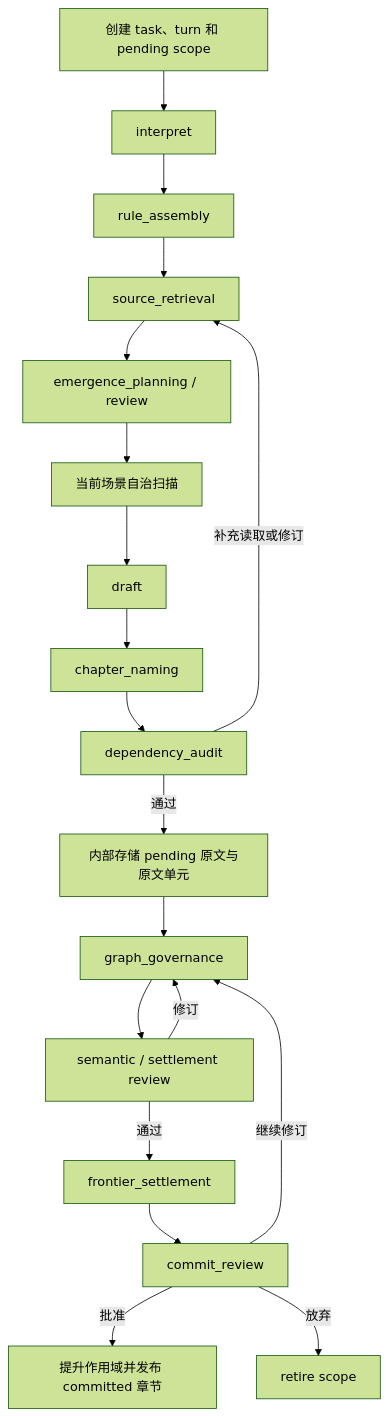
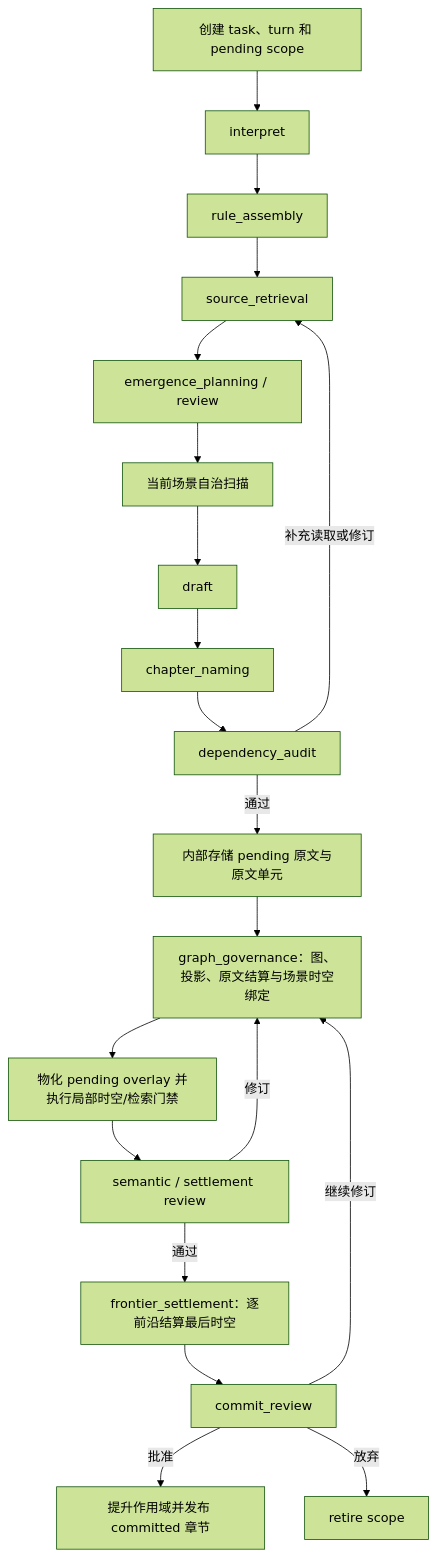
Before and after one commit to LastEmbryo2950618641/WorldSeed: the third of 3 diagrams in docs/backend-architecture.md, drawn with Mermaid (forest theme). The commit also changed other lines of this file and 124 other files, not shown here.

````diff
--- a/docs/backend-architecture.md
+++ b/docs/backend-architecture.md
@@ -455,21 +476,22 @@
 ```mermaid
 flowchart TD
     A["创建 task、turn 和 pending scope"] --> B["interpret"]
     B --> C["rule_assembly"]
     C --> D["source_retrieval"]
     D --> E["emergence_planning / review"]
     E --> F["当前场景自治扫描"]
     F --> G["draft"]
     G --> H["chapter_naming"]
     H --> I["dependency_audit"]
     I -->|补充读取或修订| D
     I -->|通过| J["内部存储 pending 原文与原文单元"]
-    J --> K["graph_governance"]
-    K --> L["semantic / settlement review"]
+    J --> K["graph_governance：图、投影、原文结算与场景时空绑定"]
+    K --> KA["物化 pending overlay 并执行局部时空/检索门禁"]
+    KA --> L["semantic / settlement review"]
     L -->|修订| K
-    L -->|通过| M["frontier_settlement"]
+    L -->|通过| M["frontier_settlement：逐前沿结算最后时空"]
     M --> N["commit_review"]
     N -->|批准| O["提升作用域并发布 committed 章节"]
     N -->|继续修订| K
     N -->|放弃| P["retire scope"]
 ```
````
